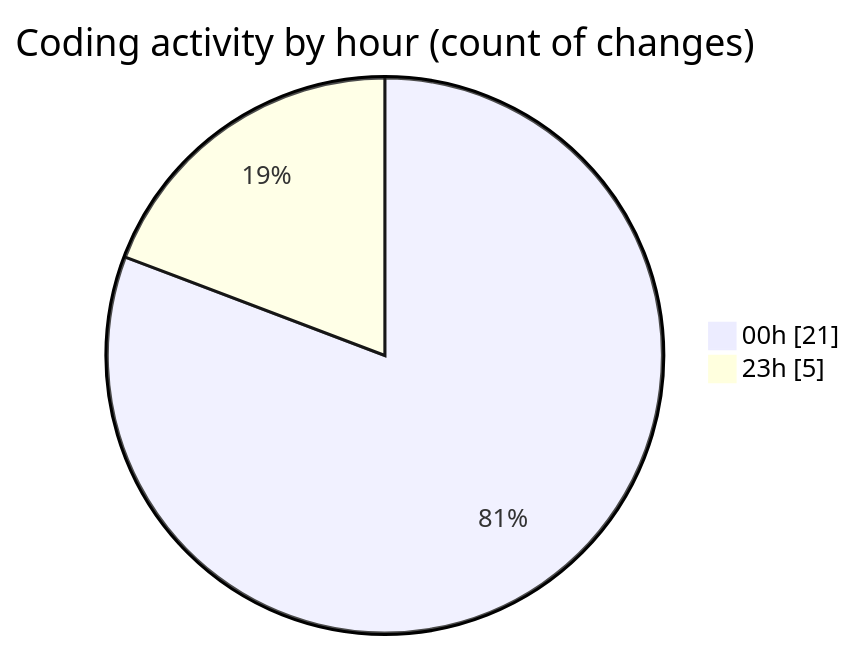
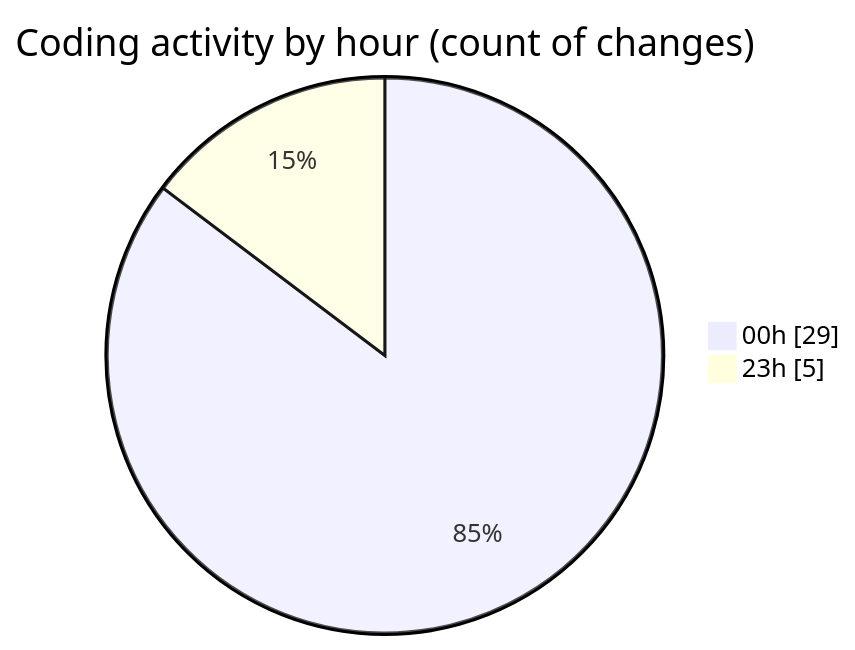
One commit to julien-gomy/code-tracking changed the second of 2 diagrams in 2025-11-27/eventscop-frontend-guide__workspace_/README.md. Above: the diagram before and after it, drawn with Mermaid. The commit also changed other lines of this file and 1 other file, not shown here.

````diff
--- a/2025-11-27/eventscop-frontend-guide__workspace_/README.md
+++ b/2025-11-27/eventscop-frontend-guide__workspace_/README.md
@@ -40,6 +41,6 @@
 ```mermaid
 pie showData
 title Coding activity by hour (count of changes)
-"00h" : 21
+"00h" : 29
 "23h" : 5
 ```
````
